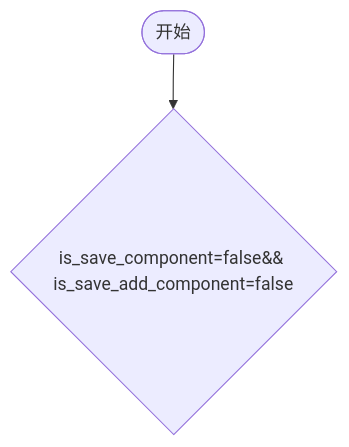
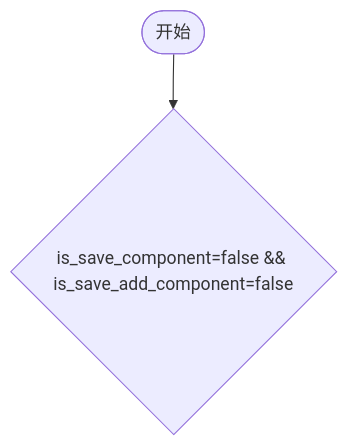
Before and after one commit to yingjianzh/iodraw-files: the diagram in all/未命名-7.md, drawn with Mermaid.

Commit message:
2024-10-12 13:48:54 update

````diff
--- a/all/未命名-7.md
+++ b/all/未命名-7.md
@@ -1,6 +1,7 @@
 ```mermaid
 flowchart TD
-    A([开始]) --> B{is_save_component=false&& is_save_add_component=false}
+    A([开始]) --> B{is_save_component=false && is_save_add_component=false}
+    
     
 
 ```
````
